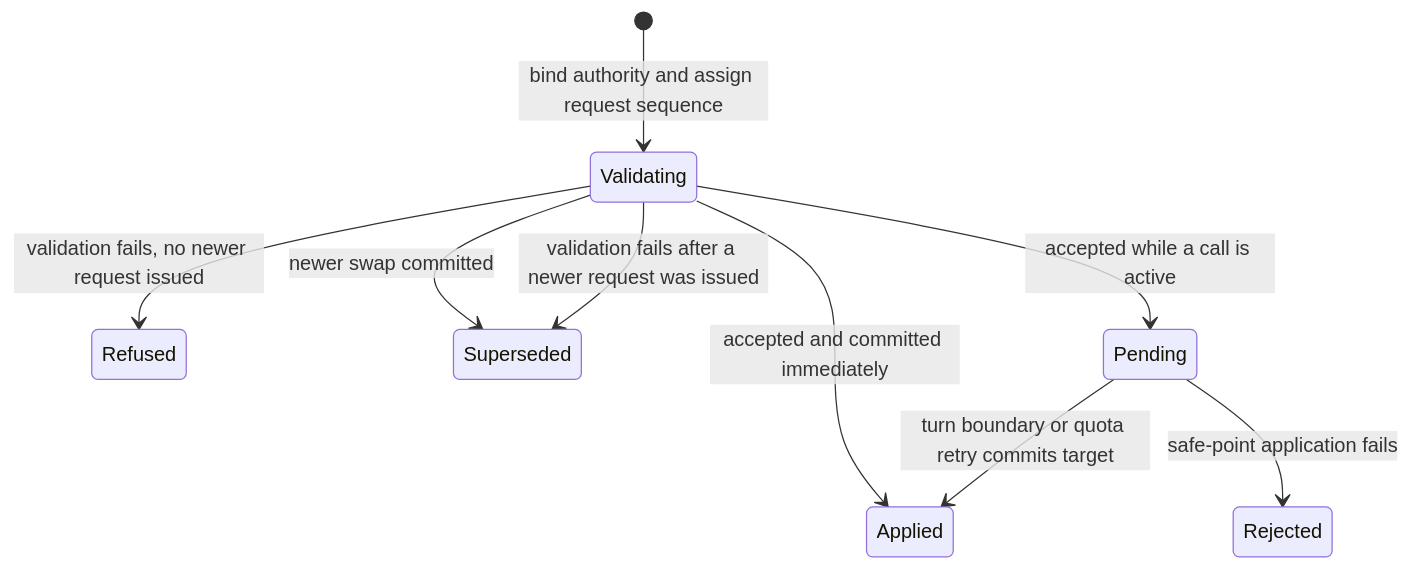
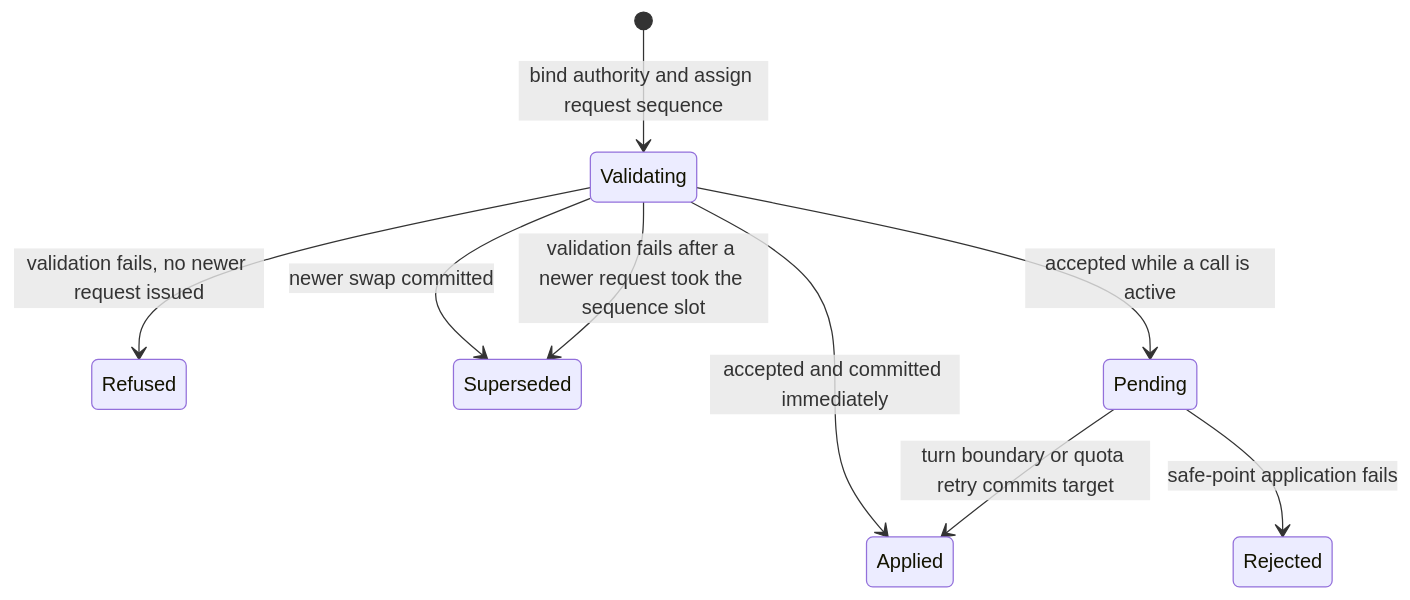
The first of 3 diagrams in docs/superpowers/specs/2026-11-15-model-switch-authority-design.md (prime-radiant-inc/evener), drawn with Mermaid before and after one commit. The commit also changed other lines of this file and 5 other files, not shown here.

````diff
--- a/docs/superpowers/specs/2026-11-15-model-switch-authority-design.md
+++ b/docs/superpowers/specs/2026-11-15-model-switch-authority-design.md
@@ -208,11 +208,11 @@
 ```mermaid
 stateDiagram-v2
     [*] --> Validating: bind authority and assign request sequence
     Validating --> Refused: validation fails, no newer request issued
     Validating --> Superseded: newer swap committed
-    Validating --> Superseded: validation fails after a newer request was issued
+    Validating --> Superseded: validation fails after a newer request took the sequence slot
     Validating --> Pending: accepted while a call is active
     Validating --> Applied: accepted and committed immediately
     Pending --> Applied: turn boundary or quota retry commits target
     Pending --> Rejected: safe-point application fails
 ```
````
